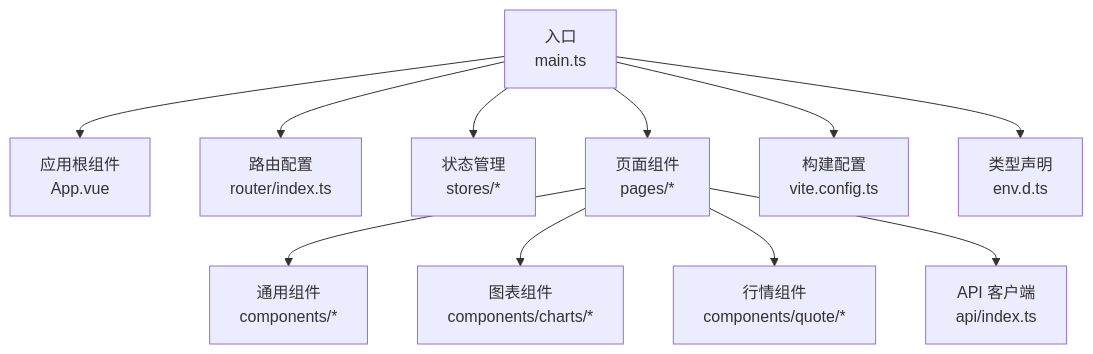
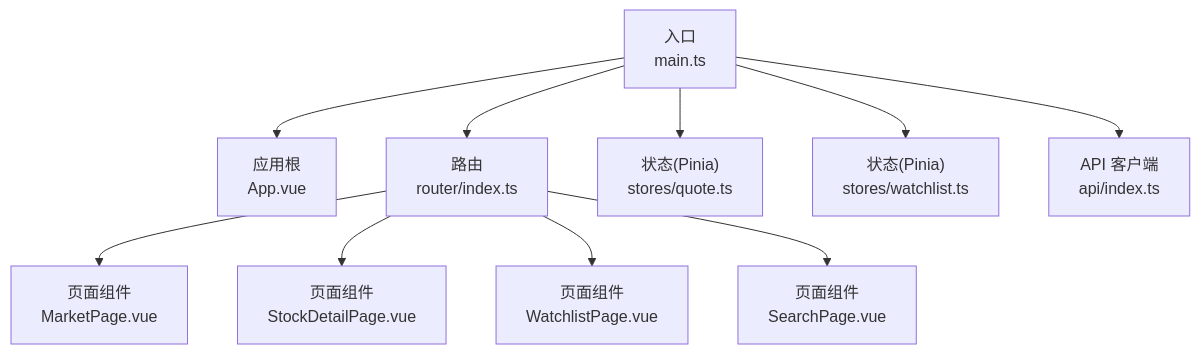
One commit to We3le7/stock-view changed the first of 10 diagrams in .qoder/repowiki/zh/content/前端开发/前端开发.md. Above: the diagram before and after it, drawn with Mermaid. The commit also changed other lines of this file and 142 other files, not shown here.

````diff
--- a/.qoder/repowiki/zh/content/前端开发/前端开发.md
+++ b/.qoder/repowiki/zh/content/前端开发/前端开发.md
@@ -45,13 +44,12 @@
 ```mermaid
 graph TB
-A["入口<br/>main.ts"] --> B["应用根组件<br/>App.vue"]
-A --> C["路由配置<br/>router/index.ts"]
-A --> D["状态管理<br/>stores/*"]
-A --> E["页面组件<br/>pages/*"]
-E --> F["通用组件<br/>components/*"]
-E --> G["图表组件<br/>components/charts/*"]
-E --> H["行情组件<br/>components/quote/*"]
-E --> I["API 客户端<br/>api/index.ts"]
-A --> J["构建配置<br/>vite.config.ts"]
-A --> K["类型声明<br/>env.d.ts"]
+A["入口<br/>main.ts"] --> B["应用根<br/>App.vue"]
+A --> C["路由<br/>router/index.ts"]
+A --> D["状态(Pinia)<br/>stores/quote.ts"]
+A --> E["状态(Pinia)<br/>stores/watchlist.ts"]
+A --> F["API 客户端<br/>api/index.ts"]
+C --> G["页面组件<br/>MarketPage.vue"]
+C --> H["页面组件<br/>StockDetailPage.vue"]
+C --> I["页面组件<br/>WatchlistPage.vue"]
+C --> J["页面组件<br/>SearchPage.vue"]
 ```
````
